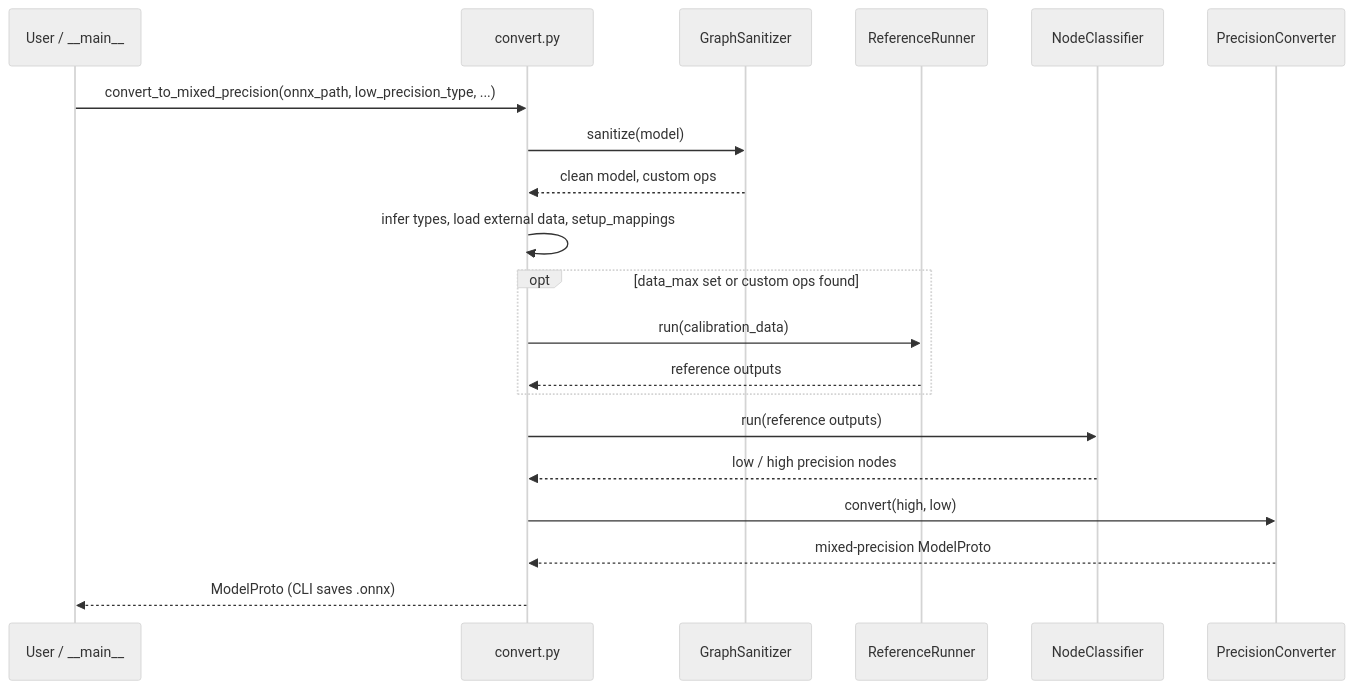
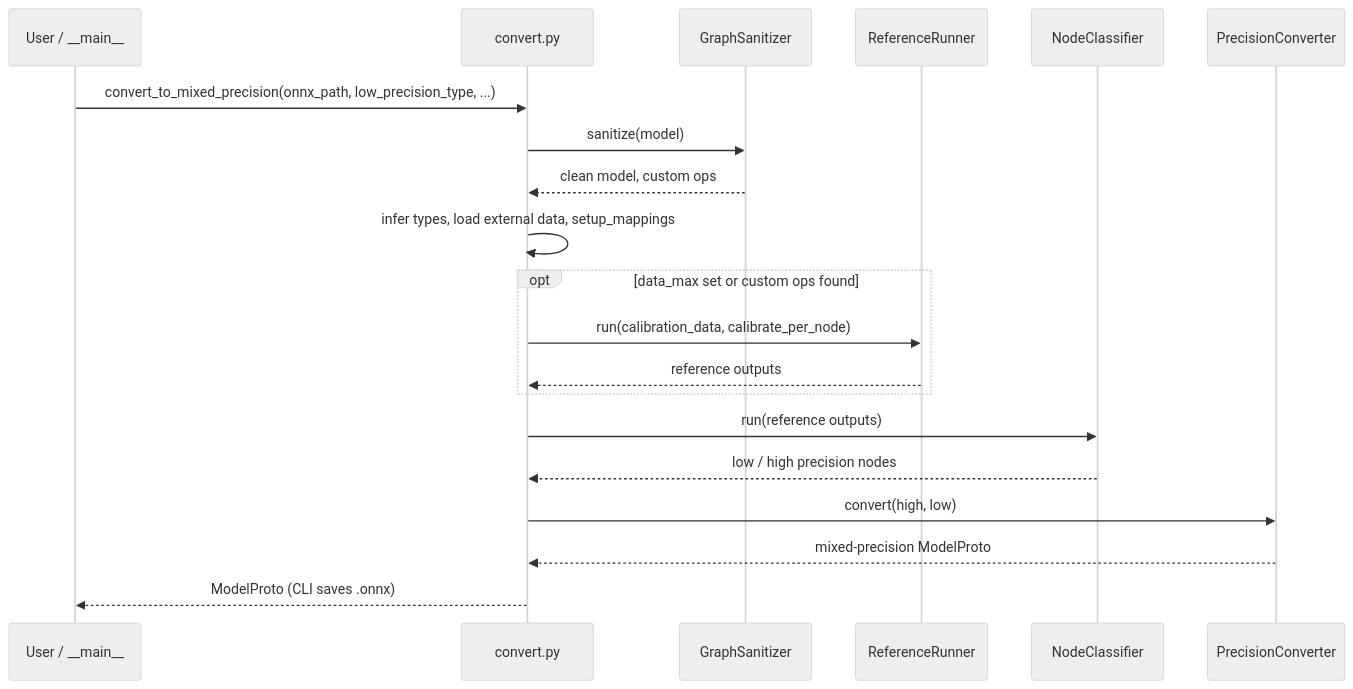
One commit to saiprakash-c/Model-Optimizer changed the second of 2 diagrams in modelopt/onnx/autocast/README.md. Above: the diagram before and after it, drawn with Mermaid (neutral theme). The commit also changed other lines of this file and 7 other files, not shown here.

````diff
--- a/modelopt/onnx/autocast/README.md
+++ b/modelopt/onnx/autocast/README.md
@@ -48,22 +51,22 @@
 ```mermaid
 sequenceDiagram
     participant U as User / __main__
     participant C as convert.py
     participant S as GraphSanitizer
     participant R as ReferenceRunner
     participant N as NodeClassifier
     participant P as PrecisionConverter
     U->>C: convert_to_mixed_precision(onnx_path, low_precision_type, ...)
     C->>S: sanitize(model)
     S-->>C: clean model, custom ops
     C->>C: infer types, load external data, setup_mappings
     opt data_max set or custom ops found
-        C->>R: run(calibration_data)
+        C->>R: run(calibration_data, calibrate_per_node)
         R-->>C: reference outputs
     end
     C->>N: run(reference outputs)
     N-->>C: low / high precision nodes
     C->>P: convert(high, low)
     P-->>C: mixed-precision ModelProto
     C-->>U: ModelProto (CLI saves .onnx)
 ```
````
